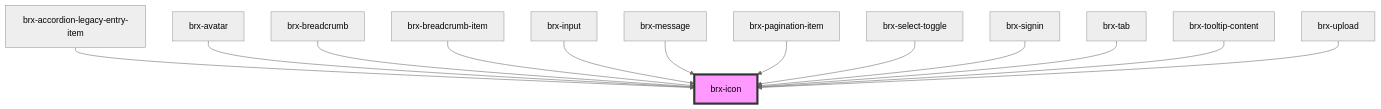
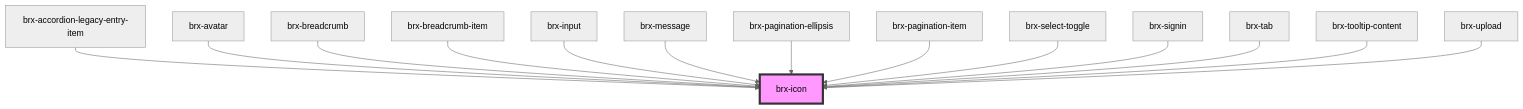
One commit to copperui/copperui changed the diagram in packages/core/src/components/brx-icon/readme.md. Above: the diagram before and after it, drawn with Mermaid (neutral theme). The commit also changed other lines of this file and 37 other files, not shown here.

Commit message:
feat(core): brx-pagination contextual (#50)

````diff
--- a/packages/core/src/components/brx-icon/readme.md
+++ b/packages/core/src/components/brx-icon/readme.md
@@ -33,16 +34,17 @@
 ```mermaid
 graph TD;
   brx-accordion-legacy-entry-item --> brx-icon
   brx-avatar --> brx-icon
   brx-breadcrumb --> brx-icon
   brx-breadcrumb-item --> brx-icon
   brx-input --> brx-icon
   brx-message --> brx-icon
+  brx-pagination-ellipsis --> brx-icon
   brx-pagination-item --> brx-icon
   brx-select-toggle --> brx-icon
   brx-signin --> brx-icon
   brx-tab --> brx-icon
   brx-tooltip-content --> brx-icon
   brx-upload --> brx-icon
   style brx-icon fill:#f9f,stroke:#333,stroke-width:4px
 ```
````
